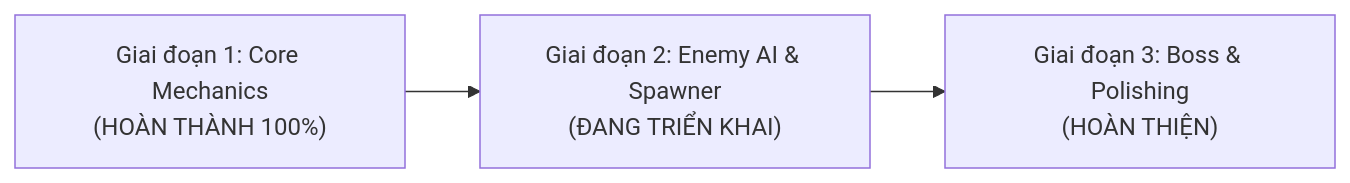
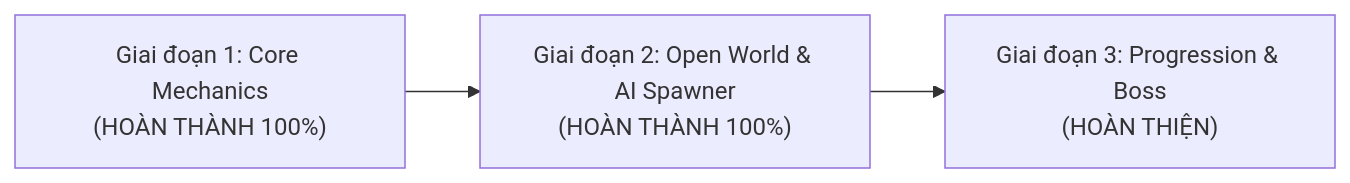
The diagram in README.md (de180551chauvuonghoang-svg/RPG_Game_PRU213), drawn with Mermaid before and after one commit. The commit also changed other lines of this file and 6 other files, not shown here.

Commit message:
feat(milestone-2): Complete Milestone 2 - Infinite Open World, AI Enemy Spawner & HUD Scoring System for PRU213

````diff
--- a/README.md
+++ b/README.md
@@ -37,5 +39,5 @@
 ```mermaid
 graph LR
-    A["Giai đoạn 1: Core Mechanics<br>(HOÀN THÀNH 100%)"] --> B["Giai đoạn 2: Enemy AI & Spawner<br>(ĐANG TRIỂN KHAI)"]
-    B --> C["Giai đoạn 3: Boss & Polishing<br>(HOÀN THIỆN)"]
+    A["Giai đoạn 1: Core Mechanics<br>(HOÀN THÀNH 100%)"] --> B["Giai đoạn 2: Open World & AI Spawner<br>(HOÀN THÀNH 100%)"]
+    B --> C["Giai đoạn 3: Progression & Boss<br>(HOÀN THIỆN)"]
 ```
````
